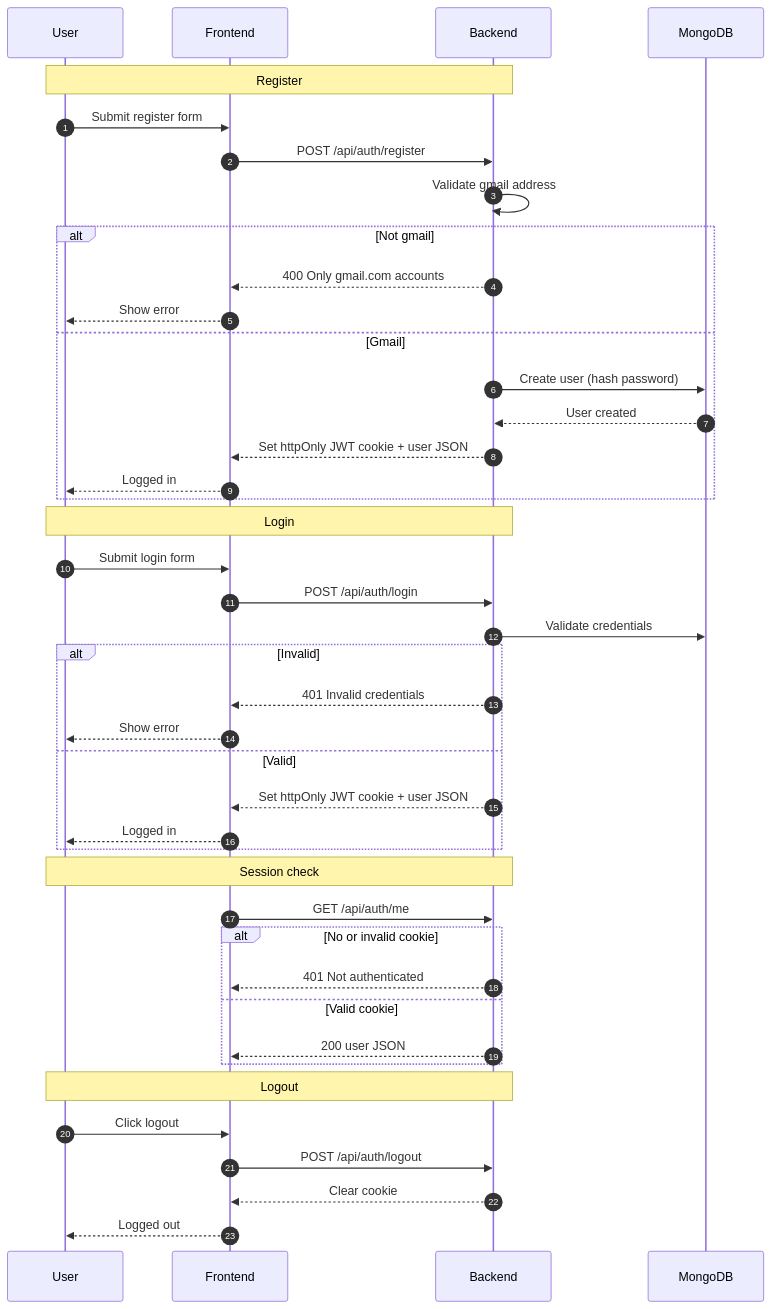
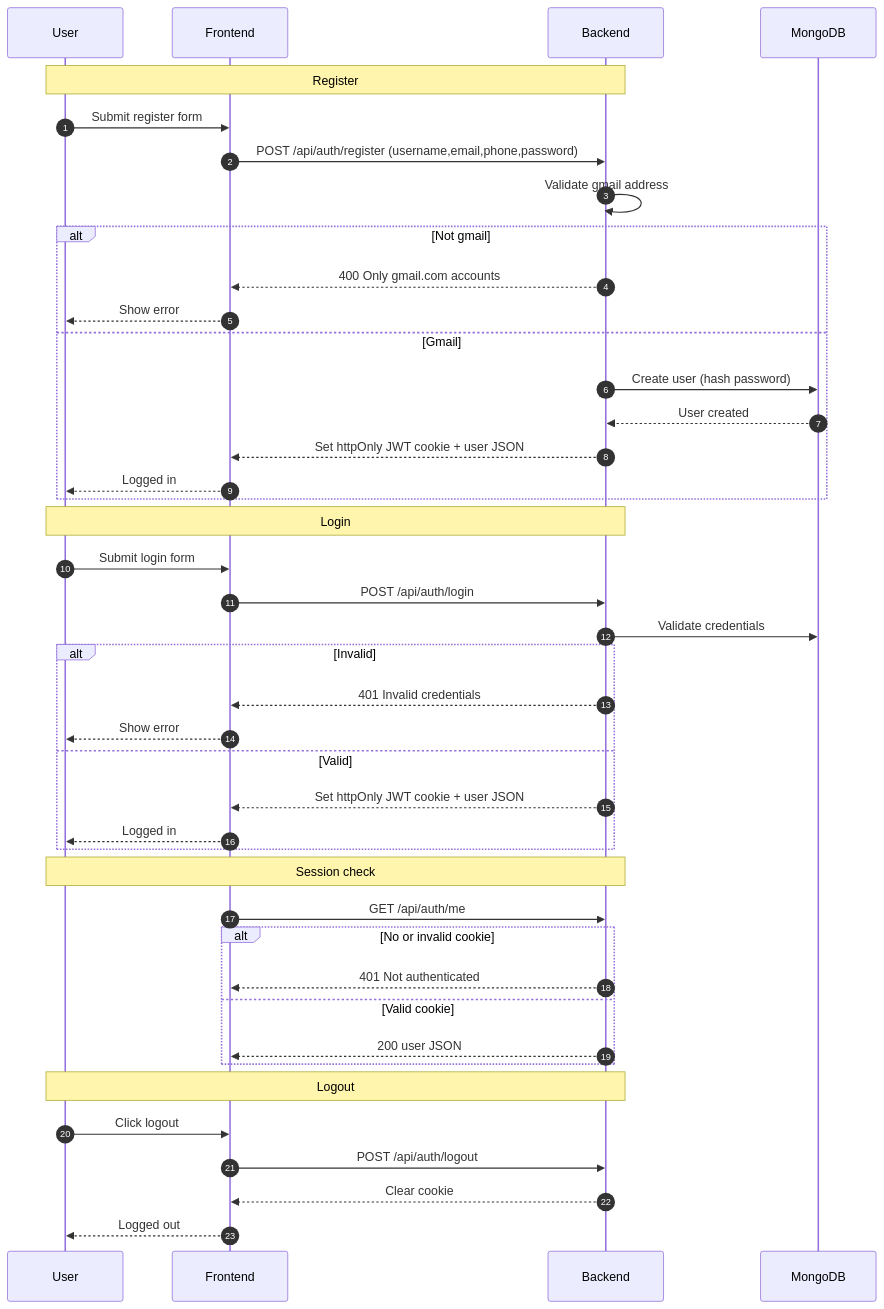
The fourth of 8 diagrams in docs/FLOWS_AND_DIAGRAMS.md (AnirudhCS-SASTRA2020/MERN-Weather-Application), drawn with Mermaid before and after one commit. The commit also changed other lines of this file and 23 other files, not shown here.

````diff
--- a/docs/FLOWS_AND_DIAGRAMS.md
+++ b/docs/FLOWS_AND_DIAGRAMS.md
@@ -81,48 +73,48 @@
 ```mermaid
 sequenceDiagram
   autonumber
   participant U as User
   participant FE as Frontend
   participant BE as Backend
   participant DB as MongoDB
 
   note over U,BE: Register
   U->>FE: Submit register form
-  FE->>BE: POST /api/auth/register
+  FE->>BE: POST /api/auth/register (username,email,phone,password)
   BE->>BE: Validate gmail address
   alt Not gmail
     BE-->>FE: 400 Only gmail.com accounts
     FE-->>U: Show error
   else Gmail
     BE->>DB: Create user (hash password)
     DB-->>BE: User created
     BE-->>FE: Set httpOnly JWT cookie + user JSON
     FE-->>U: Logged in
   end
 
   note over U,BE: Login
   U->>FE: Submit login form
   FE->>BE: POST /api/auth/login
   BE->>DB: Validate credentials
   alt Invalid
     BE-->>FE: 401 Invalid credentials
     FE-->>U: Show error
   else Valid
     BE-->>FE: Set httpOnly JWT cookie + user JSON
     FE-->>U: Logged in
   end
 
   note over U,BE: Session check
   FE->>BE: GET /api/auth/me
   alt No or invalid cookie
     BE-->>FE: 401 Not authenticated
   else Valid cookie
     BE-->>FE: 200 user JSON
   end
 
   note over U,BE: Logout
   U->>FE: Click logout
   FE->>BE: POST /api/auth/logout
   BE-->>FE: Clear cookie
   FE-->>U: Logged out
 ```
````
